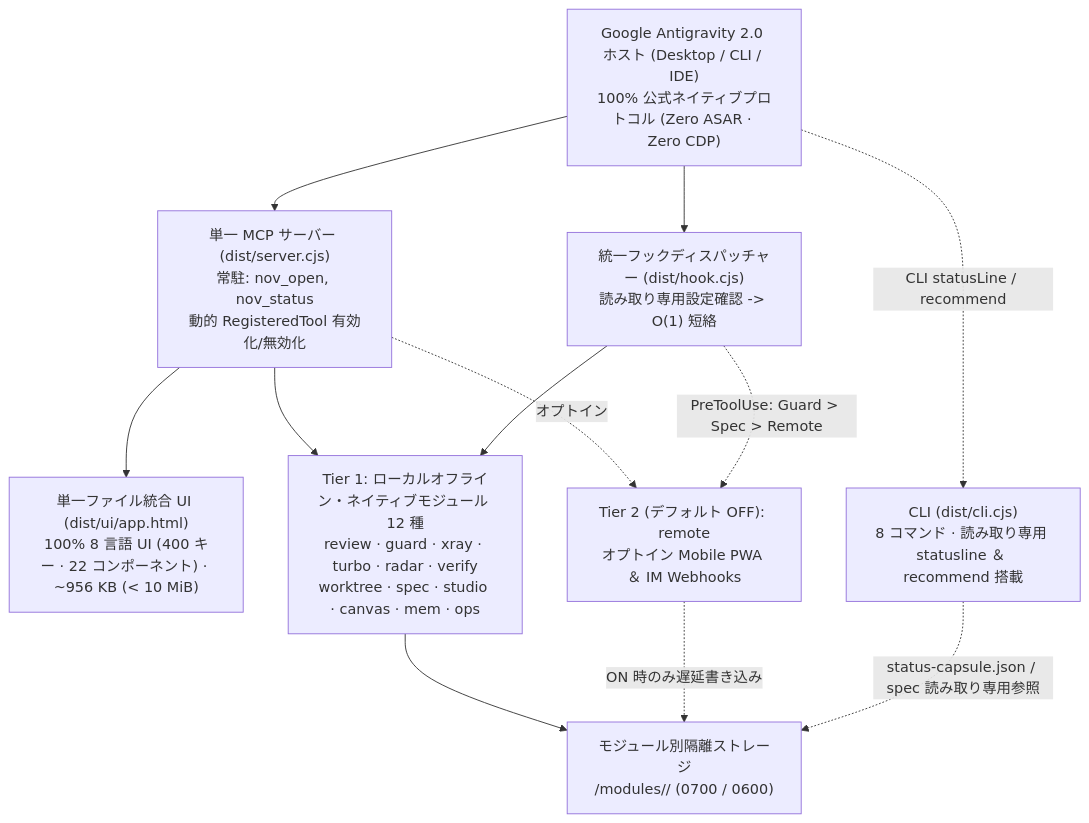
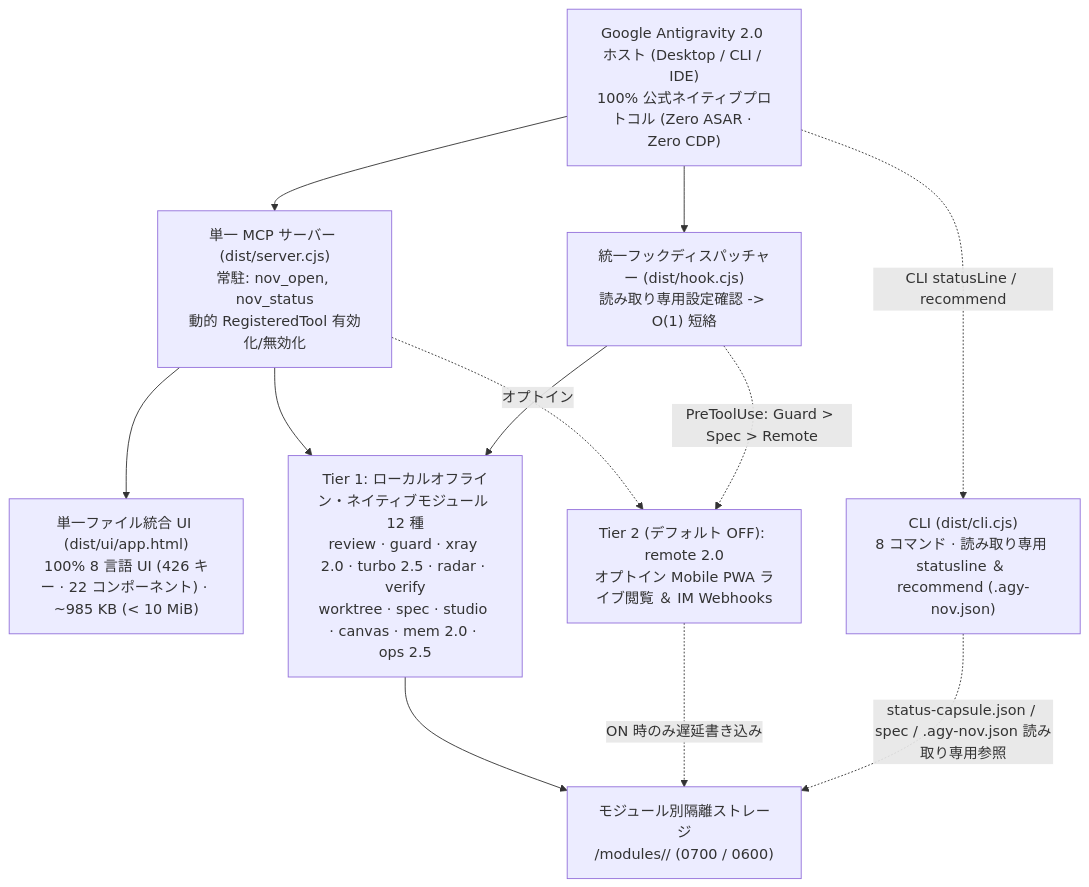
Before and after one commit to tone-leh/agy-NOV: the diagram in docs/i18n/README.ja.md, drawn with Mermaid. The commit also changed other lines of this file and 59 other files, not shown here.

Commit message:
feat(v0.6.0): Mem 2.0 progressive disclosure & <private>, Turbo 2.5 gain & 8.8KB guardrail, Remote 2.0 read-only stream, .agy-nov.json team preset & Ops 2.5

````diff
--- a/docs/i18n/README.ja.md
+++ b/docs/i18n/README.ja.md
@@ -221,23 +224,23 @@
 ```mermaid
 flowchart TB
   Host["Google Antigravity 2.0 ホスト (Desktop / CLI / IDE)\n100% 公式ネイティブプロトコル (Zero ASAR · Zero CDP)"]
   MCP["単一 MCP サーバー (dist/server.cjs)\n常駐: nov_open, nov_status\n動的 RegisteredTool 有効化/無効化"]
-  UI["単一ファイル統合 UI (dist/ui/app.html)\n100% 8 言語 UI (400 キー · 22 コンポーネント) · ~956 KB (< 10 MiB)"]
+  UI["単一ファイル統合 UI (dist/ui/app.html)\n100% 8 言語 UI (426 キー · 22 コンポーネント) · ~985 KB (< 10 MiB)"]
   Hook["統一フックディスパッチャー (dist/hook.cjs)\n読み取り専用設定確認 -> O(1) 短絡"]
-  CLI["CLI (dist/cli.cjs)\n8 コマンド · 読み取り専用 statusline ＆ recommend 搭載"]
+  CLI["CLI (dist/cli.cjs)\n8 コマンド · 読み取り専用 statusline ＆ recommend (.agy-nov.json)"]
   Store["モジュール別隔離ストレージ\n<dataDir>/modules/<id>/ (0700 / 0600)"]
-  T1["Tier 1: ローカルオフライン・ネイティブモジュール 12 種\nreview · guard · xray · turbo · radar · verify\nworktree · spec · studio · canvas · mem · ops"]
-  T2R["Tier 2 (デフォルト OFF): remote\nオプトイン Mobile PWA ＆ IM Webhooks"]
+  T1["Tier 1: ローカルオフライン・ネイティブモジュール 12 種\nreview · guard · xray 2.0 · turbo 2.5 · radar · verify\nworktree · spec · studio · canvas · mem 2.0 · ops 2.5"]
+  T2R["Tier 2 (デフォルト OFF): remote 2.0\nオプトイン Mobile PWA ライブ閲覧 ＆ IM Webhooks"]
 
   Host --> MCP
   Host --> Hook
   Host -. "CLI statusLine / recommend" .-> CLI
   MCP --> UI
   MCP --> T1
   MCP -. "オプトイン" .-> T2R
   Hook --> T1
   Hook -. "PreToolUse: Guard > Spec > Remote" .-> T2R
   T1 --> Store
   T2R -. "ON 時のみ遅延書き込み" .-> Store
-  CLI -. "status-capsule.json / spec 読み取り専用参照" .-> Store
+  CLI -. "status-capsule.json / spec / .agy-nov.json 読み取り専用参照" .-> Store
 ```
````
